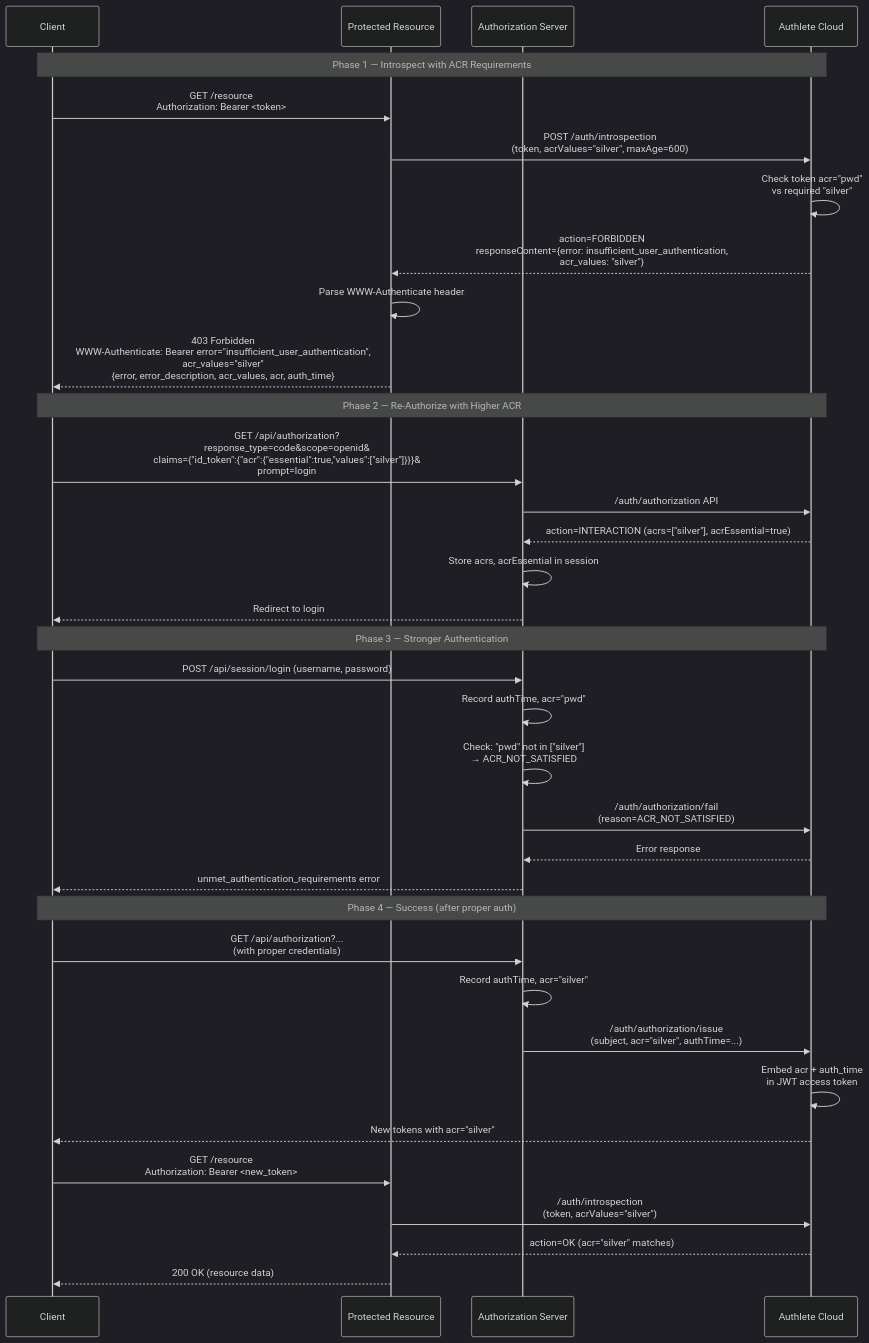
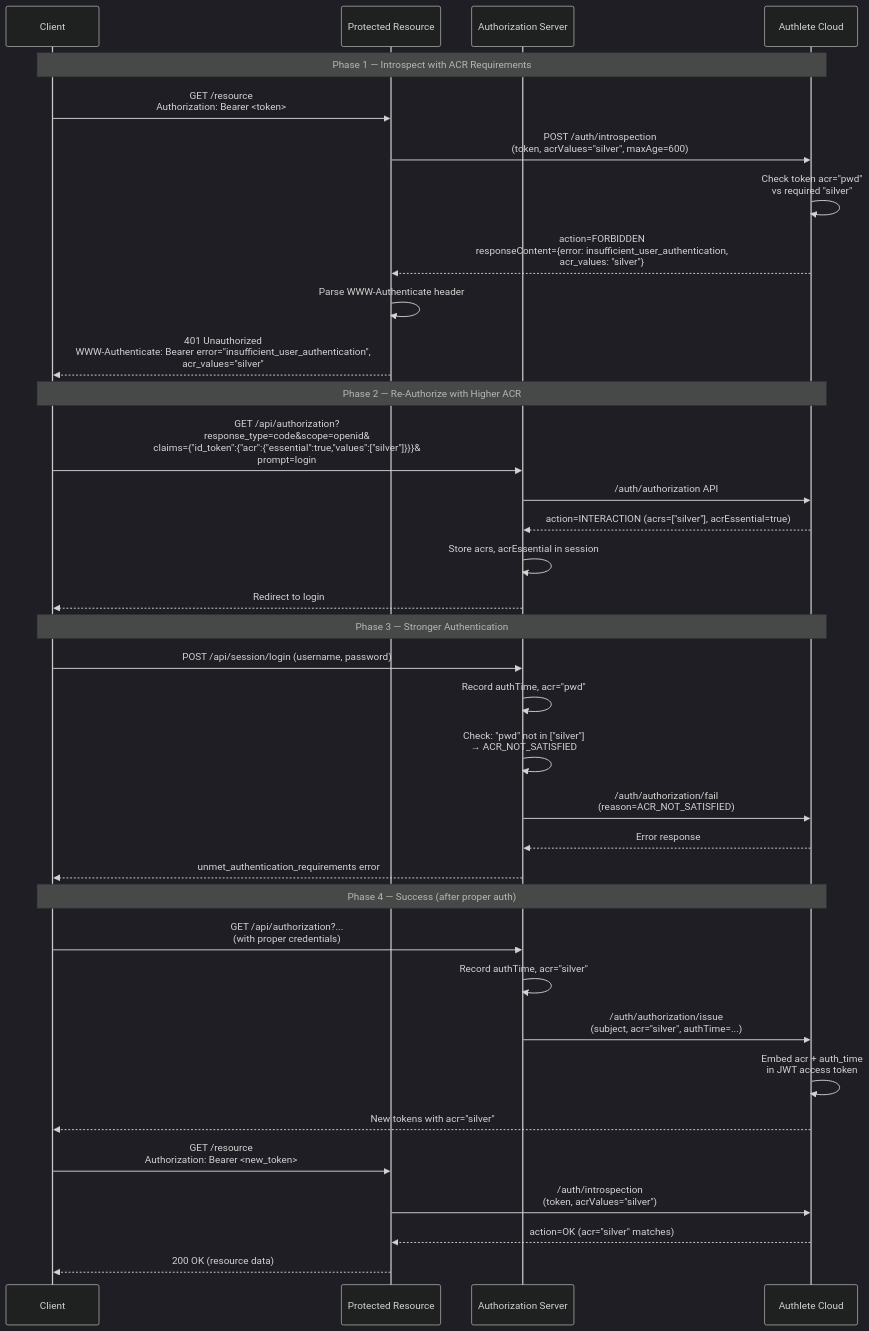
Diagram 13 of 13 in docs/DATA-FLOWS.md (blackadi/OAUTH2.0), drawn with Mermaid before and after one commit. The commit also changed other lines of this file and 7 other files, not shown here.

````diff
--- a/docs/DATA-FLOWS.md
+++ b/docs/DATA-FLOWS.md
@@ -462,42 +471,42 @@
 ```mermaid
 %%{init: {'theme': 'dark', 'themeVariables': { 'primaryColor': '#1e293b', 'primaryTextColor': '#e2e8f0', 'primaryBorderColor': '#475569', 'lineColor': '#6366f1', 'secondaryColor': '#0f172a', 'tertiaryColor': '#334155', 'fontFamily': 'Inter'}}}%%
 sequenceDiagram
     participant C as Client
     participant RS as Protected Resource
     participant AS as Authorization Server
     participant AL as Authlete Cloud
 
     Note over C,AL: Phase 1 — Introspect with ACR Requirements
     C->>RS: GET /resource<br/>Authorization: Bearer <token>
     RS->>AL: POST /auth/introspection<br/>(token, acrValues="silver", maxAge=600)
     AL->>AL: Check token acr="pwd"<br/>vs required "silver"
     AL-->>RS: action=FORBIDDEN<br/>responseContent={error: insufficient_user_authentication,<br/>acr_values: "silver"}
     RS->>RS: Parse WWW-Authenticate header
-    RS-->>C: 403 Forbidden<br/>WWW-Authenticate: Bearer error="insufficient_user_authentication",<br/>acr_values="silver"<br/>{error, error_description, acr_values, acr, auth_time}
+    RS-->>C: 401 Unauthorized<br/>WWW-Authenticate: Bearer error="insufficient_user_authentication",<br/>acr_values="silver"
 
     Note over C,AL: Phase 2 — Re-Authorize with Higher ACR
     C->>AS: GET /api/authorization?<br/>response_type=code&scope=openid&<br/>claims={"id_token":{"acr":{"essential":true,"values":["silver"]}}}&<br/>prompt=login
     AS->>AL: /auth/authorization API
     AL-->>AS: action=INTERACTION (acrs=["silver"], acrEssential=true)
     AS->>AS: Store acrs, acrEssential in session
     AS-->>C: Redirect to login
 
     Note over C,AL: Phase 3 — Stronger Authentication
     C->>AS: POST /api/session/login (username, password)
     AS->>AS: Record authTime, acr="pwd"
     AS->>AS: Check: "pwd" not in ["silver"]<br/>→ ACR_NOT_SATISFIED
     AS->>AL: /auth/authorization/fail<br/>(reason=ACR_NOT_SATISFIED)
     AL-->>AS: Error response
     AS-->>C: unmet_authentication_requirements error
 
     Note over C,AL: Phase 4 — Success (after proper auth)
     C->>AS: GET /api/authorization?...<br/>(with proper credentials)
     AS->>AS: Record authTime, acr="silver"
     AS->>AL: /auth/authorization/issue<br/>(subject, acr="silver", authTime=...)
     AL->>AL: Embed acr + auth_time<br/>in JWT access token
     AL-->>C: New tokens with acr="silver"
     C->>RS: GET /resource<br/>Authorization: Bearer <new_token>
     RS->>AL: /auth/introspection<br/>(token, acrValues="silver")
     AL-->>RS: action=OK (acr="silver" matches)
     RS-->>C: 200 OK (resource data)
 ```
````
